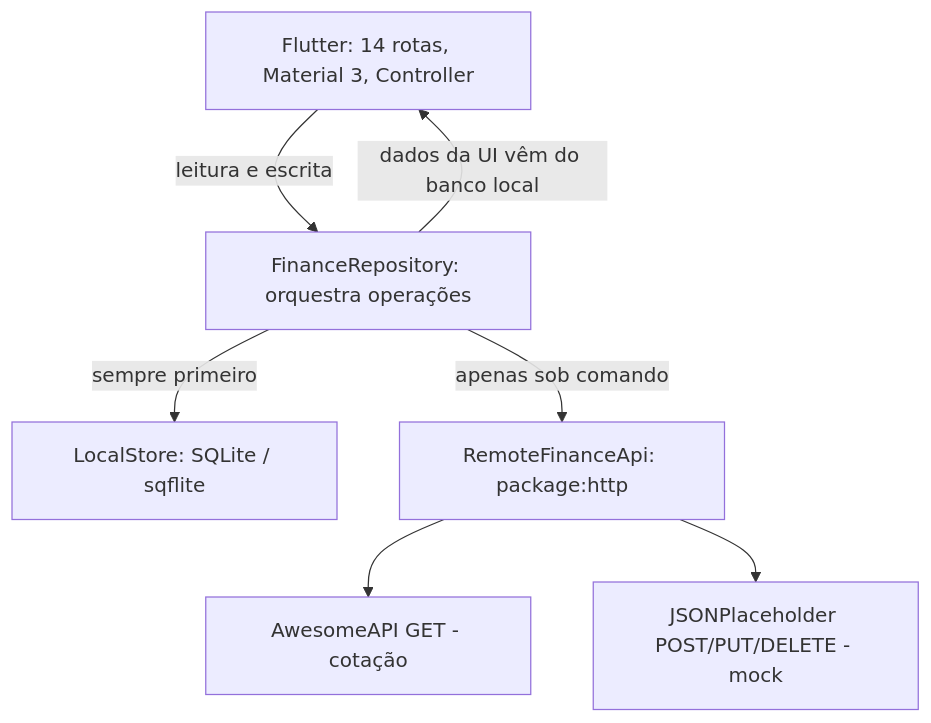
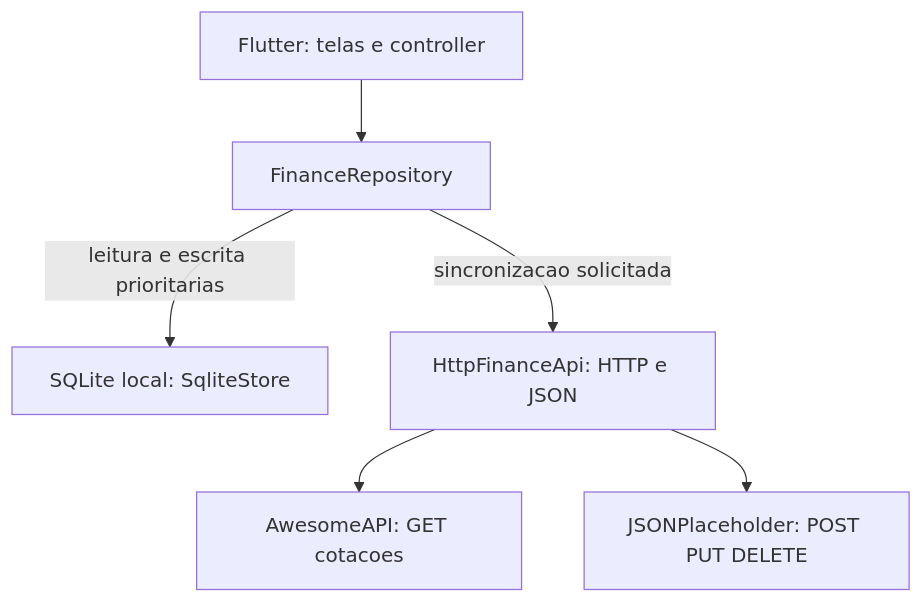
The diagram in README.md (Pedr0HPC/financas_pbl_2), drawn with Mermaid before and after one commit. The commit also changed other lines of this file, not shown here.

````diff
--- a/README.md
+++ b/README.md
@@ -58,15 +56,14 @@
 ```mermaid
 flowchart TB
-    UI[Flutter: 14 rotas, Material 3, Controller]
-    R[FinanceRepository: orquestra operações]
-    DB[LocalStore: SQLite / sqflite]
-    A[RemoteFinanceApi: package:http]
-    FX[AwesomeAPI GET - cotação]
-    MOCK[JSONPlaceholder POST/PUT/DELETE - mock]
-    UI -->|leitura e escrita| R
-    R -->|sempre primeiro| DB
-    R -->|apenas sob comando| A
-    A --> FX
-    A --> MOCK
-    R -->|dados da UI vêm do banco local| UI
+    UI[Flutter: telas e controller]
+    REPO[FinanceRepository]
+    DB[SQLite local: SqliteStore]
+    API[HttpFinanceApi: HTTP e JSON]
+    FX[AwesomeAPI: GET cotacoes]
+    MOCK[JSONPlaceholder: POST PUT DELETE]
+    UI --> REPO
+    REPO -->|leitura e escrita prioritarias| DB
+    REPO -->|sincronizacao solicitada| API
+    API --> FX
+    API --> MOCK
 ```
````
